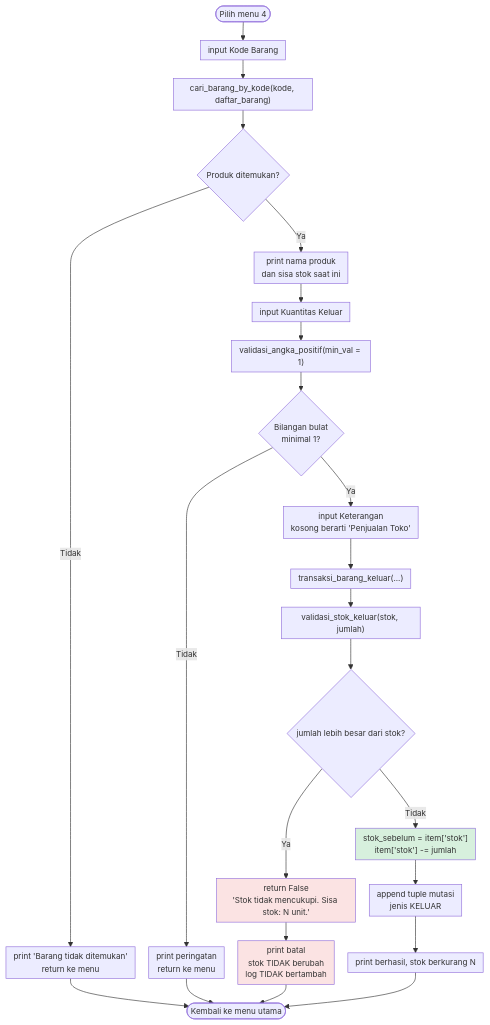
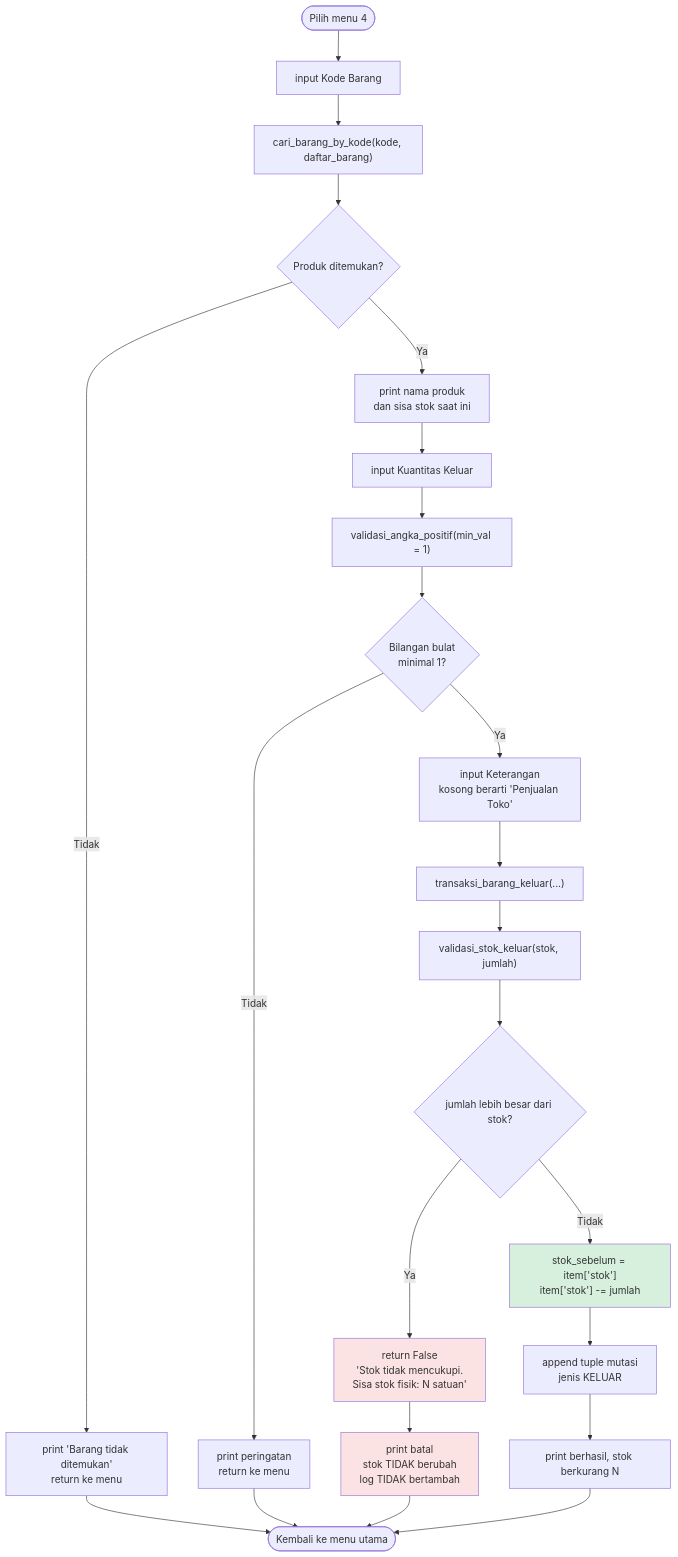
One commit to Curzyori/Stokku-Desktop changed the diagram in docs/diagrams/06-menu-4-barang-keluar.mmd. Above: the diagram before and after it, drawn with Mermaid. The commit also changed 20 other files, not shown here.

Commit message:
fix: hapus direktif init mermaid yang membuat diagram gagal render di GitHub

```diff
--- a/docs/diagrams/06-menu-4-barang-keluar.mmd
+++ b/docs/diagrams/06-menu-4-barang-keluar.mmd
@@ -1,28 +1,27 @@
-%%{init: {"flowchart": {"nodeSpacing": 22, "rankSpacing": 30, "padding": 6}, "themeVariables": {"fontSize": "13px"}}}%%
 flowchart TD
     A([Pilih menu 4]) --> B["input Kode Barang"]
     B --> C["cari_barang_by_kode(kode, daftar_barang)"]
     C --> D{"Produk ditemukan?"}
     D -->|"Tidak"| X1["print 'Barang tidak ditemukan'<br/>return ke menu"]
     D -->|"Ya"| E["print nama produk<br/>dan sisa stok saat ini"]
     E --> F["input Kuantitas Keluar"]
     F --> G["validasi_angka_positif(min_val = 1)"]
     G --> H{"Bilangan bulat<br/>minimal 1?"}
     H -->|"Tidak"| X2["print peringatan<br/>return ke menu"]
     H -->|"Ya"| I["input Keterangan<br/>kosong berarti 'Penjualan Toko'"]
     I --> J["transaksi_barang_keluar(...)"]
     J --> K["validasi_stok_keluar(stok, jumlah)"]
     K --> L{"jumlah lebih besar dari stok?"}
-    L -->|"Ya"| M["return False<br/>'Stok tidak mencukupi. Sisa stok: N unit.'"]
+    L -->|"Ya"| M["return False<br/>'Stok tidak mencukupi.<br/>Sisa stok fisik: N satuan'"]
     M --> N["print batal<br/>stok TIDAK berubah<br/>log TIDAK bertambah"]
     L -->|"Tidak"| O["stok_sebelum = item['stok']<br/>item['stok'] -= jumlah"]
     O --> P["append tuple mutasi<br/>jenis KELUAR"]
     P --> Q["print berhasil, stok berkurang N"]
     N --> R([Kembali ke menu utama])
     Q --> R
     X1 --> R
     X2 --> R
 
     style M fill:#fbe3e3
     style N fill:#fbe3e3
     style O fill:#d7f0dd
```
